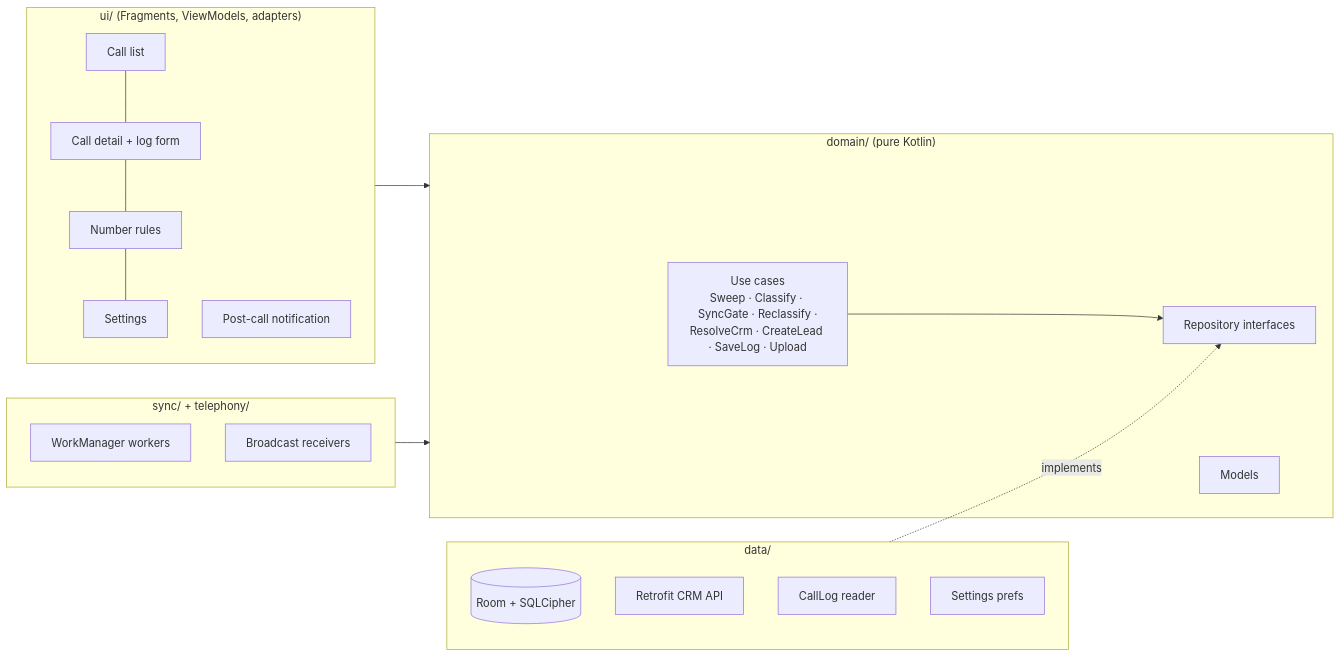
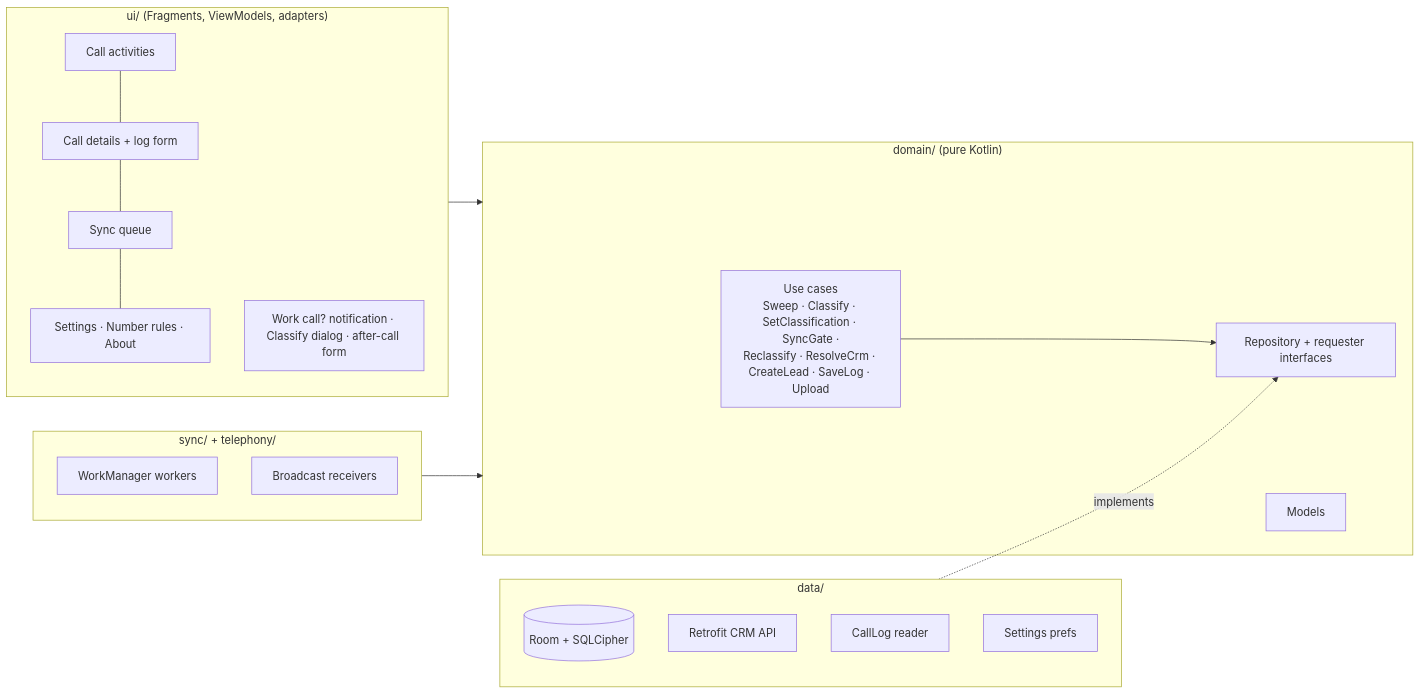
The first of 3 diagrams in docs/ARCHITECTURE.md (jignyasa/calltracker), drawn with Mermaid before and after one commit. The commit also changed other lines of this file and 24 other files, not shown here.

First line of the commit message:
Short codes are kept personal; flowcharts, test plan and doc updates

````diff
--- a/docs/ARCHITECTURE.md
+++ b/docs/ARCHITECTURE.md
@@ -9,26 +9,26 @@
 ```mermaid
 flowchart LR
     subgraph UI["ui/  (Fragments, ViewModels, adapters)"]
-        L[Call list] --- D[Call detail + log form] --- R[Number rules] --- S[Settings]
-        N[Post-call notification]
+        L[Call activities] --- D[Call details + log form] --- Q[Sync queue] --- S[Settings · Number rules · About]
+        N[Work call? notification · Classify dialog · after-call form]
     end
     subgraph DOMAIN["domain/  (pure Kotlin)"]
-        UC[Use cases<br/>Sweep · Classify · SyncGate · Reclassify ·<br/>ResolveCrm · CreateLead · SaveLog · Upload]
-        RI[Repository interfaces]
+        UC[Use cases<br/>Sweep · Classify · SetClassification · SyncGate ·<br/>Reclassify · ResolveCrm · CreateLead · SaveLog · Upload]
+        RI[Repository + requester interfaces]
         M[Models]
     end
     subgraph DATA["data/"]
         ROOM[(Room + SQLCipher)]
         API[Retrofit CRM API]
         CL[CallLog reader]
         PREF[Settings prefs]
     end
     subgraph BG["sync/ + telephony/"]
         W[WorkManager workers]
         RX[Broadcast receivers]
     end
     UI --> DOMAIN
     BG --> DOMAIN
     DATA -. implements .-> RI
     UC --> RI
 ```
````
